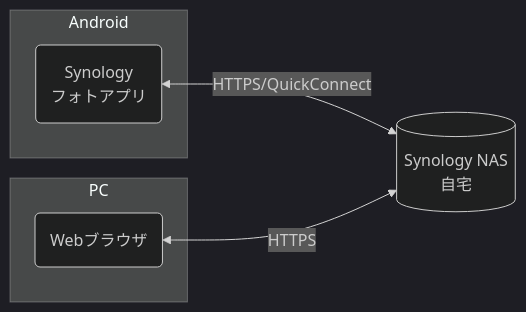
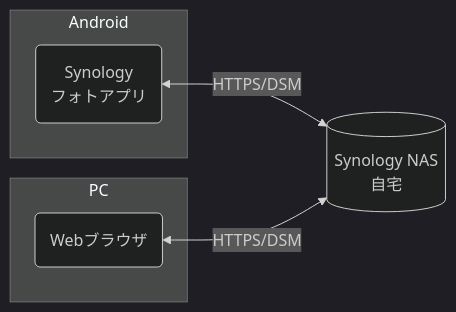
One commit to isseis/blog-hugo changed the second of 2 diagrams in content/posts/2025-02-24-photo-backup.md. Above: the diagram before and after it, drawn with Mermaid (dark theme). The commit also changed other lines of this file, not shown here.

Commit message:
Edit: 写真・動画の保存先を Google フォトから NAS に移行

````diff
--- a/content/posts/2025-02-24-photo-backup.md
+++ b/content/posts/2025-02-24-photo-backup.md
@@ -77,15 +77,15 @@
 ```mermaid
 flowchart LR
-    photoapp(Synology<br>フォトアプリ) <-- HTTPS/QuickConnect --> 
+    photoapp(Synology<br>フォトアプリ) <-- HTTPS/DSM --> 
     nas[(Synology NAS<br>自宅)]
 
-    browser(Webブラウザ) <-- HTTPS --> nas
+    browser(Webブラウザ) <-- HTTPS/DSM --> nas
 
 subgraph Android
     photoapp
 end
 
 subgraph PC
     browser
 end
 ```
````
